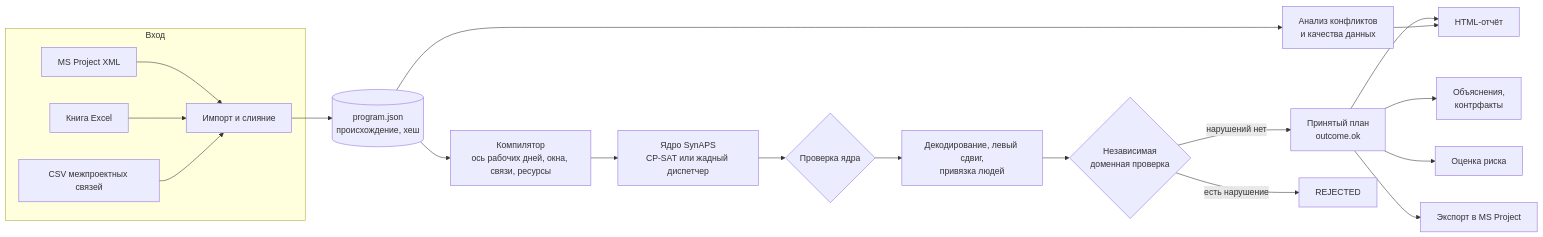
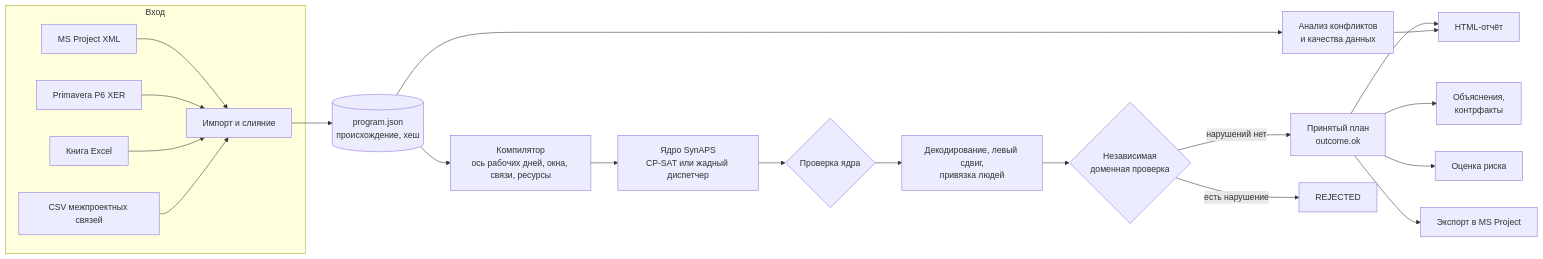
The first of 2 diagrams in docs/architecture.md (KonkovDV/SynAPS-ProgramPlan), drawn with Mermaid before and after one commit. The commit also changed other lines of this file and 43 other files, not shown here.

````diff
--- a/docs/architecture.md
+++ b/docs/architecture.md
@@ -7,22 +7,23 @@
 ```mermaid
 flowchart LR
     subgraph Вход
         X[MS Project XML] --> I[Импорт и слияние]
+        P6[Primavera P6 XER] --> I
         E[Книга Excel] --> I
         L[CSV межпроектных связей] --> I
     end
     I --> P[(program.json<br/>происхождение, хеш)]
     P --> A[Анализ конфликтов<br/>и качества данных]
     P --> C[Компилятор<br/>ось рабочих дней, окна, связи, ресурсы]
     C --> K[Ядро SynAPS<br/>CP-SAT или жадный диспетчер]
     K --> V1{Проверка ядра}
     V1 --> D[Декодирование, левый сдвиг,<br/>привязка людей]
     D --> V2{Независимая<br/>доменная проверка}
     V2 -- нарушений нет --> OK[Принятый план<br/>outcome.ok]
     V2 -- есть нарушение --> R[REJECTED]
     OK --> EX[Объяснения,<br/>контрфакты]
     OK --> RK[Оценка риска]
     OK --> RP[HTML-отчёт]
     OK --> MS[Экспорт в MS Project]
     A --> RP
 ```
````
